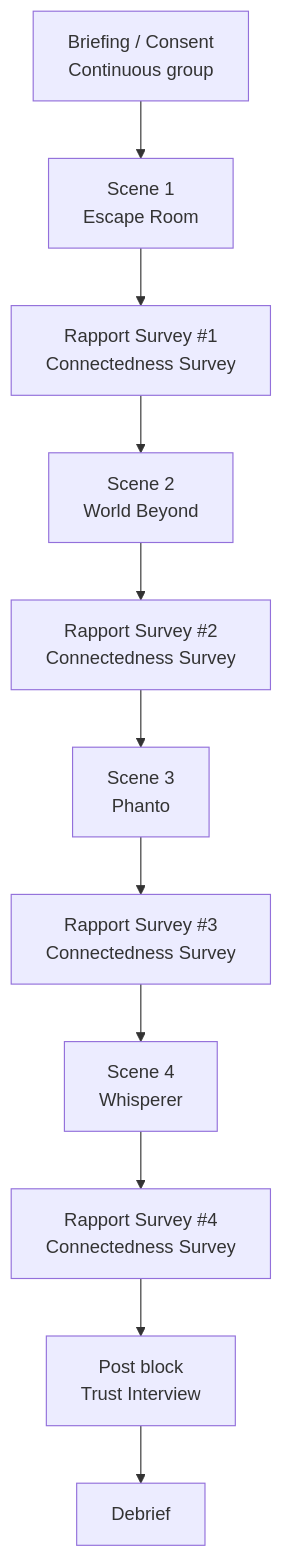
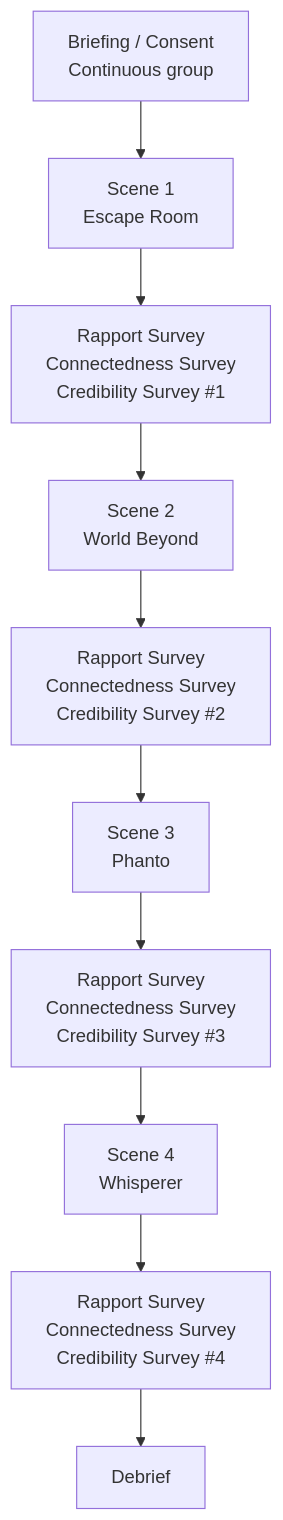
One commit to R1chi33333/Virtual-Agents changed the second of 2 diagrams in README.md. Above: the diagram before and after it, drawn with Mermaid. The commit also changed other lines of this file, not shown here.

````diff
--- a/README.md
+++ b/README.md
@@ -120,15 +115,14 @@
 ```mermaid
 flowchart TD
     A["Briefing / Consent<br/>Continuous group"]
     S1["Scene 1<br/>Escape Room"]
-    R1["Rapport Survey #1<br/>Connectedness Survey"]
+    R1["Rapport Survey <br/>Connectedness Survey<br/>Credibility Survey #1"]
     S2["Scene 2<br/>World Beyond"]
-    R2["Rapport Survey #2<br/>Connectedness Survey"]
+    R2["Rapport Survey <br/>Connectedness Survey<br/>Credibility Survey #2"]
     S3["Scene 3<br/>Phanto"]
-    R3["Rapport Survey #3<br/>Connectedness Survey"]
+    R3["Rapport Survey <br/>Connectedness Survey<br/>Credibility Survey #3"]
     S4["Scene 4<br/>Whisperer"]
-    R4["Rapport Survey #4<br/>Connectedness Survey"]
-    P["Post block<br/>Trust Interview"]
+    R4["Rapport Survey <br/>Connectedness Survey<br/>Credibility Survey #4"]
     D["Debrief"]
-    A --> S1 --> R1 --> S2 --> R2 --> S3 --> R3 --> S4 --> R4 --> P --> D
+    A --> S1 --> R1 --> S2 --> R2 --> S3 --> R3 --> S4 --> R4 --> D
 ```
````
